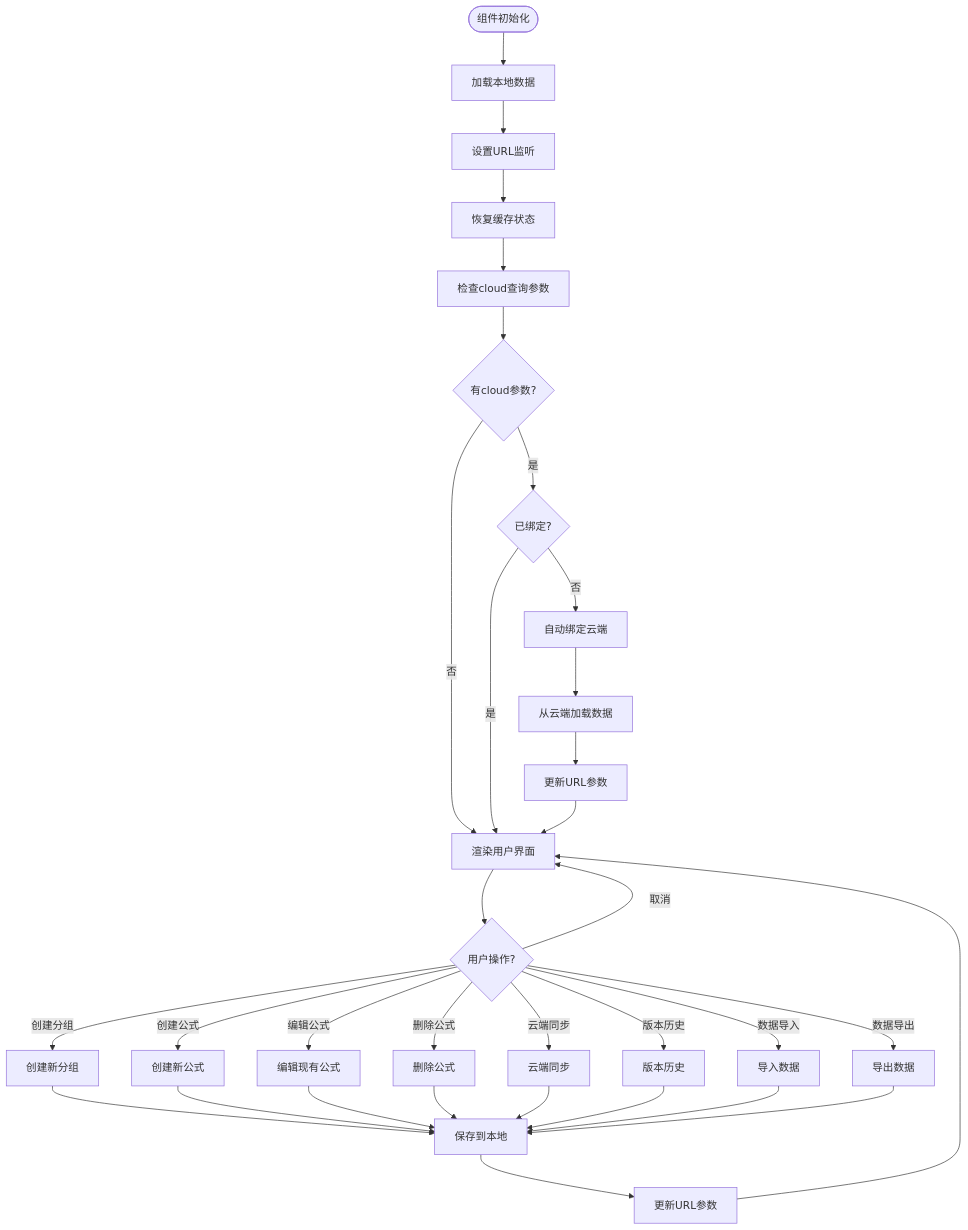
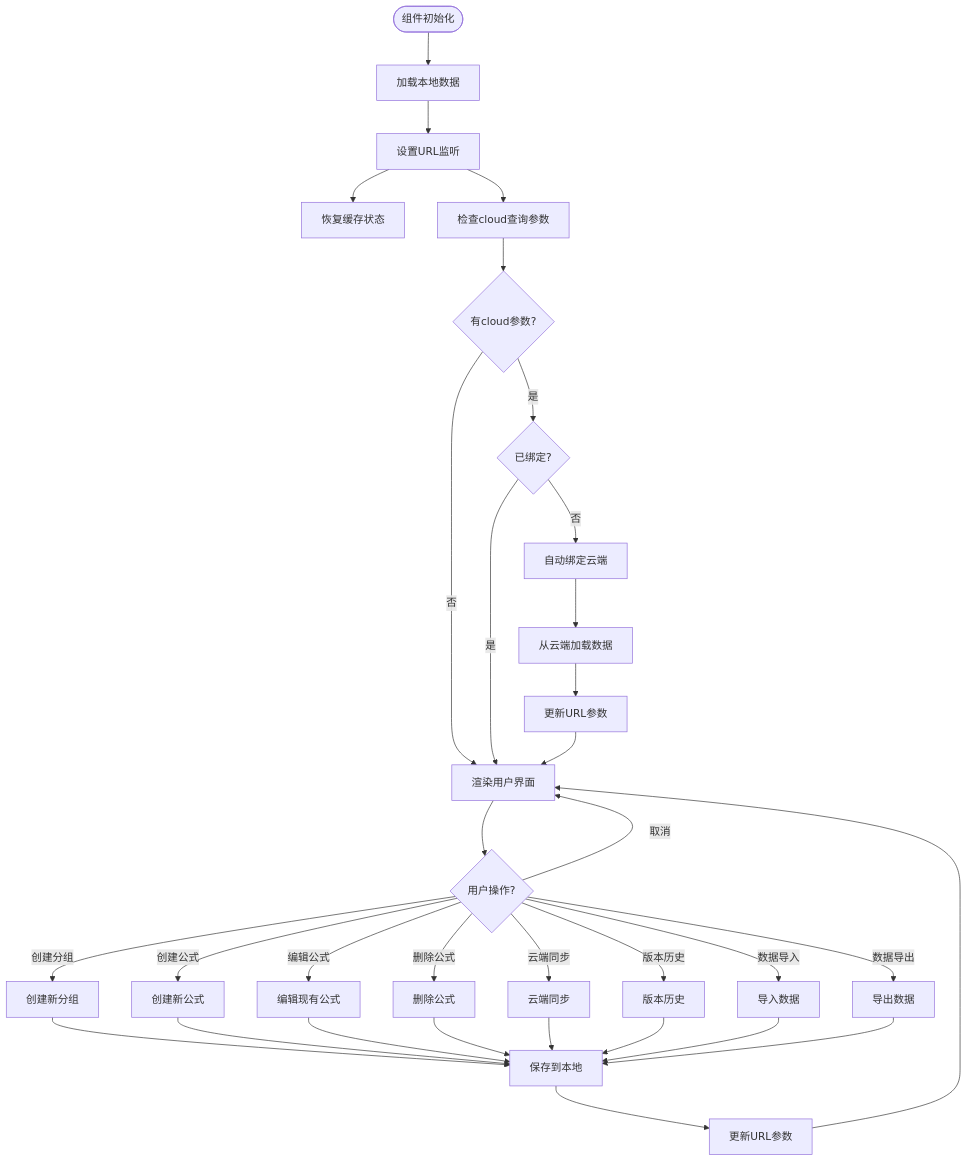
Before and after one commit to steveyu2/formula-mapper: the fifth of 13 diagrams in .qoder/repowiki/zh/content/用户指南/数据管理/云存储系统.md, drawn with Mermaid. The commit also changed other lines of this file and 7 other files, not shown here.

````diff
--- a/.qoder/repowiki/zh/content/用户指南/数据管理/云存储系统.md
+++ b/.qoder/repowiki/zh/content/用户指南/数据管理/云存储系统.md
@@ -296,35 +324,35 @@
 ```mermaid
 flowchart TD
 Start([组件初始化]) --> LoadData["加载本地数据"]
 LoadData --> SetupURL["设置URL监听"]
 SetupURL --> SetupCache["恢复缓存状态"]
-SetupCache --> CheckCloudParam["检查cloud查询参数"]
+SetupURL --> CheckCloudParam["检查cloud查询参数"]
 CheckCloudParam --> HasCloudParam{有cloud参数?}
 HasCloudParam --> |是| CheckBound{已绑定?}
 HasCloudParam --> |否| RenderUI["渲染用户界面"]
 CheckBound --> |否| AutoBind["自动绑定云端"]
 CheckBound --> |是| RenderUI
 AutoBind --> LoadFromCloud["从云端加载数据"]
 LoadFromCloud --> UpdateURL["更新URL参数"]
 UpdateURL --> RenderUI
 RenderUI --> UserAction{"用户操作?"}
 UserAction --> |创建分组| CreateGroup["创建新分组"]
 UserAction --> |创建公式| CreateFormula["创建新公式"]
 UserAction --> |编辑公式| EditFormula["编辑现有公式"]
 UserAction --> |删除公式| DeleteFormula["删除公式"]
 UserAction --> |云端同步| CloudSync["云端同步"]
 UserAction --> |版本历史| VersionHistory["版本历史"]
 UserAction --> |数据导入| ImportData["导入数据"]
 UserAction --> |数据导出| ExportData["导出数据"]
 CreateGroup --> SaveLocal["保存到本地"]
 CreateFormula --> SaveLocal
 EditFormula --> SaveLocal
 DeleteFormula --> SaveLocal
 CloudSync --> SaveLocal
 VersionHistory --> SaveLocal
 ImportData --> SaveLocal
 ExportData --> SaveLocal
 SaveLocal --> UpdateURL2["更新URL参数"]
 UpdateURL2 --> RenderUI
 UserAction --> |取消| RenderUI
 ```
````
